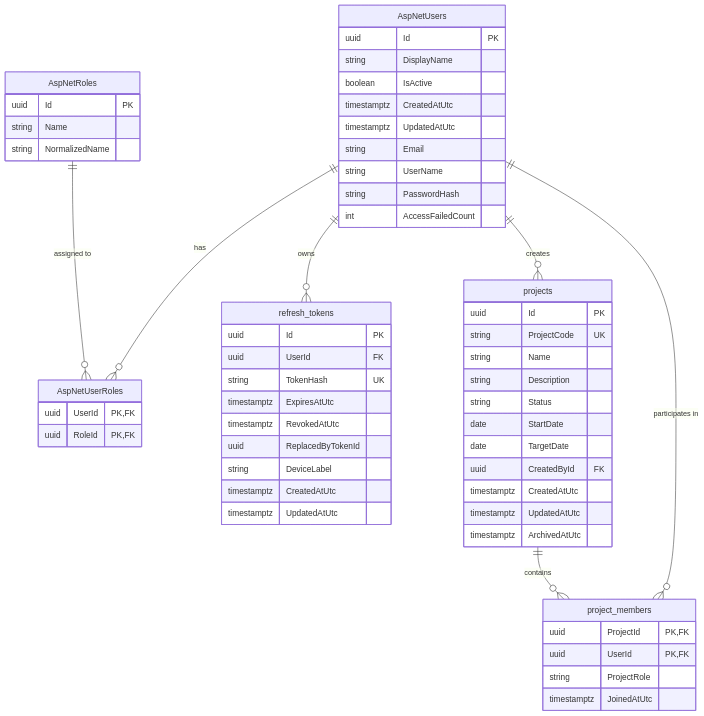
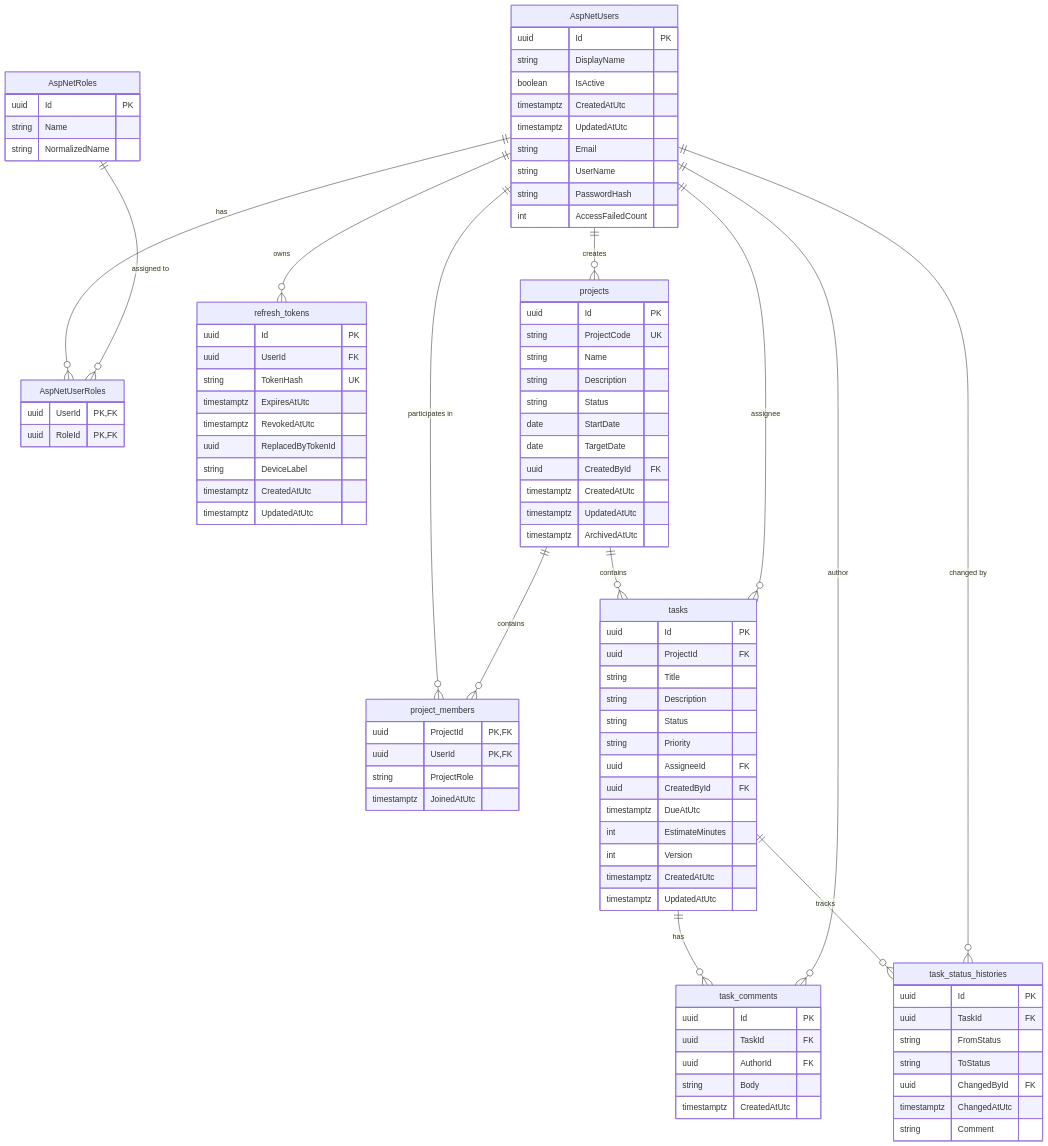
One commit to layanpro123456/WorkFlowPro changed the diagram in docs/erd.mmd. Above: the diagram before and after it, drawn with Mermaid. The commit also changed 46 other files, not shown here.

```diff
--- a/docs/erd.mmd
+++ b/docs/erd.mmd
@@ -1,63 +1,103 @@
 erDiagram
     AspNetUsers ||--o{ AspNetUserRoles : "has"
     AspNetRoles ||--o{ AspNetUserRoles : "assigned to"
     AspNetUsers ||--o{ refresh_tokens : "owns"
     AspNetUsers ||--o{ projects : "creates"
     AspNetUsers ||--o{ project_members : "participates in"
     projects ||--o{ project_members : "contains"
+    projects ||--o{ tasks : "contains"
+    AspNetUsers ||--o{ tasks : "assignee"
+    tasks ||--o{ task_comments : "has"
+    AspNetUsers ||--o{ task_comments : "author"
+    tasks ||--o{ task_status_histories : "tracks"
+    AspNetUsers ||--o{ task_status_histories : "changed by"
 
     AspNetUsers {
         uuid Id PK
         string DisplayName
         boolean IsActive
         timestamptz CreatedAtUtc
         timestamptz UpdatedAtUtc
         string Email
         string UserName
         string PasswordHash
         int AccessFailedCount
     }
 
     AspNetRoles {
         uuid Id PK
         string Name
         string NormalizedName
     }
 
     AspNetUserRoles {
         uuid UserId PK, FK
         uuid RoleId PK, FK
     }
 
     refresh_tokens {
         uuid Id PK
         uuid UserId FK
         string TokenHash UK
         timestamptz ExpiresAtUtc
         timestamptz RevokedAtUtc
         uuid ReplacedByTokenId
         string DeviceLabel
         timestamptz CreatedAtUtc
         timestamptz UpdatedAtUtc
     }
 
     projects {
         uuid Id PK
         string ProjectCode UK
         string Name
         string Description
         string Status
         date StartDate
         date TargetDate
         uuid CreatedById FK
         timestamptz CreatedAtUtc
         timestamptz UpdatedAtUtc
         timestamptz ArchivedAtUtc
     }
 
     project_members {
         uuid ProjectId PK, FK
         uuid UserId PK, FK
         string ProjectRole
         timestamptz JoinedAtUtc
     }
+
+    tasks {
+        uuid Id PK
+        uuid ProjectId FK
+        string Title
+        string Description
+        string Status
+        string Priority
+        uuid AssigneeId FK
+        uuid CreatedById FK
+        timestamptz DueAtUtc
+        int EstimateMinutes
+        int Version
+        timestamptz CreatedAtUtc
+        timestamptz UpdatedAtUtc
+    }
+
+    task_comments {
+        uuid Id PK
+        uuid TaskId FK
+        uuid AuthorId FK
+        string Body
+        timestamptz CreatedAtUtc
+    }
+
+    task_status_histories {
+        uuid Id PK
+        uuid TaskId FK
+        string FromStatus
+        string ToStatus
+        uuid ChangedById FK
+        timestamptz ChangedAtUtc
+        string Comment
+    }
```
